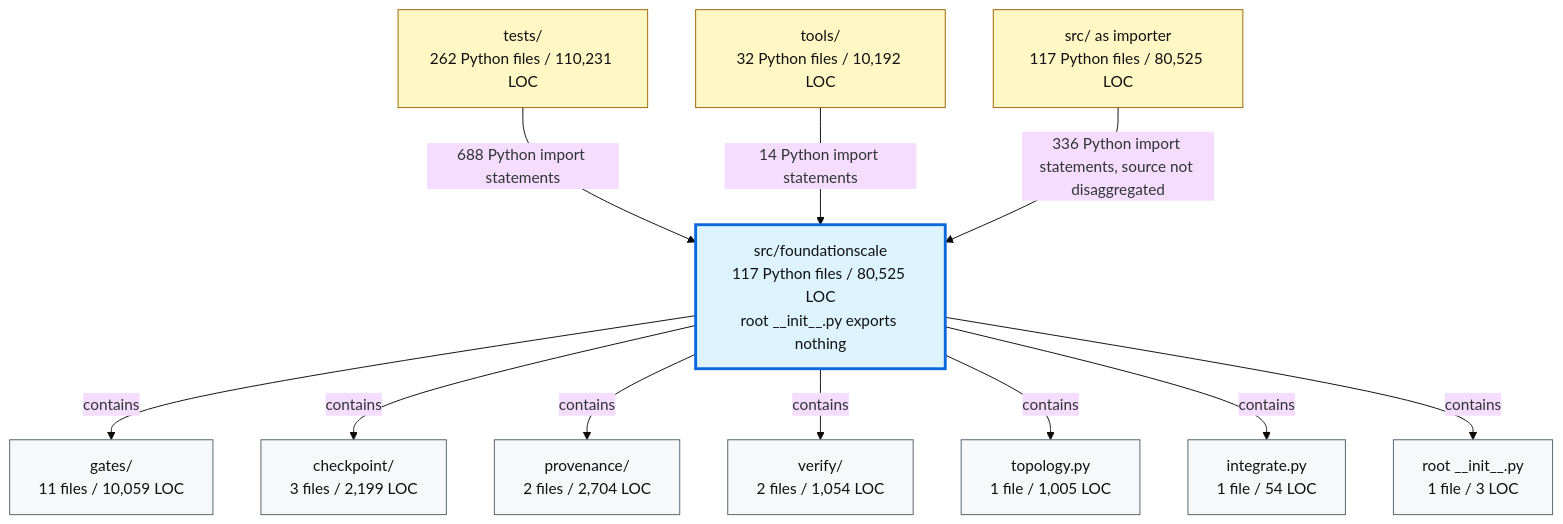
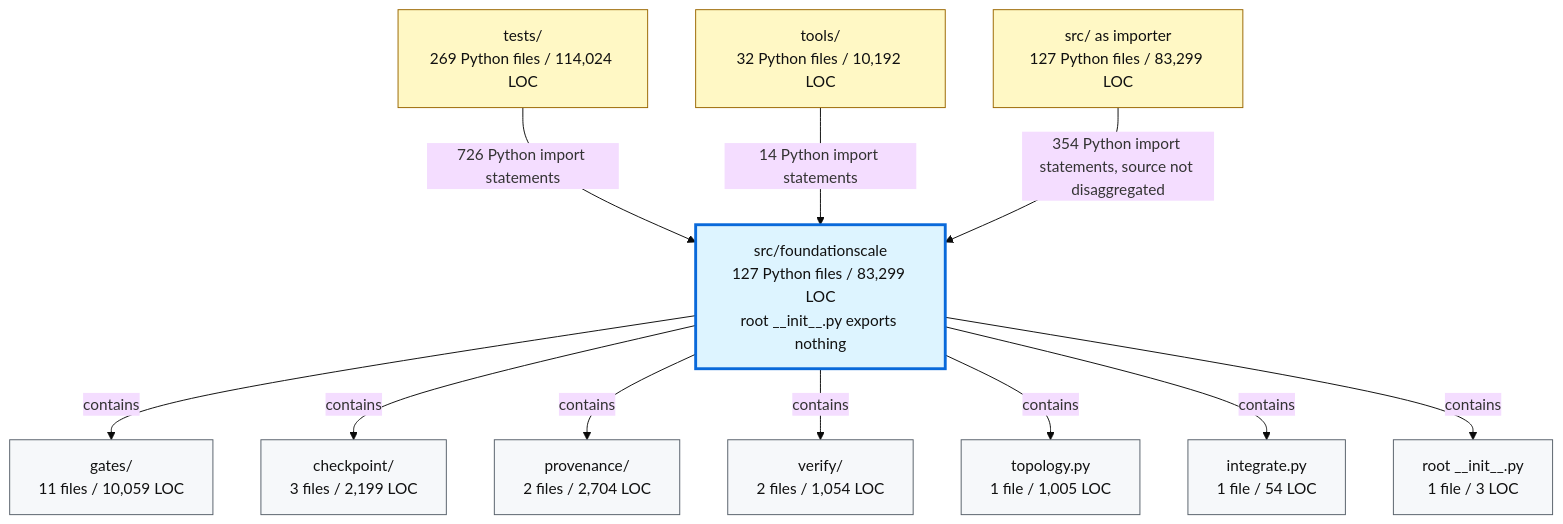
One commit to TranNhiem/FoundationScale changed the second of 2 diagrams in docs/review/D2_current_architecture.md. Above: the diagram before and after it, drawn with Mermaid (base theme). The commit also changed other lines of this file and 10 other files, not shown here.

````diff
--- a/docs/review/D2_current_architecture.md
+++ b/docs/review/D2_current_architecture.md
@@ -97,36 +97,36 @@
 ```mermaid
 flowchart TB
-  TESTS["tests/<br/>262 Python files / 110,231 LOC"]
+  TESTS["tests/<br/>269 Python files / 114,024 LOC"]
   TOOLS["tools/<br/>32 Python files / 10,192 LOC"]
-  SRC["src/ as importer<br/>117 Python files / 80,525 LOC"]
+  SRC["src/ as importer<br/>127 Python files / 83,299 LOC"]
 
-  FS["src/foundationscale<br/>117 Python files / 80,525 LOC<br/>root __init__.py exports nothing"]
+  FS["src/foundationscale<br/>127 Python files / 83,299 LOC<br/>root __init__.py exports nothing"]
 
   GATES["gates/<br/>11 files / 10,059 LOC"]
   CKPT["checkpoint/<br/>3 files / 2,199 LOC"]
   PROV["provenance/<br/>2 files / 2,704 LOC"]
   VERIFY["verify/<br/>2 files / 1,054 LOC"]
   TOPO["topology.py<br/>1 file / 1,005 LOC"]
   INTEG["integrate.py<br/>1 file / 54 LOC"]
   ROOT["root __init__.py<br/>1 file / 3 LOC"]
 
-  TESTS -->|"688 Python import statements"| FS
+  TESTS -->|"726 Python import statements"| FS
   TOOLS -->|"14 Python import statements"| FS
-  SRC -->|"336 Python import statements, source not disaggregated"| FS
+  SRC -->|"354 Python import statements, source not disaggregated"| FS
 
   FS -->|"contains"| GATES
   FS -->|"contains"| CKPT
   FS -->|"contains"| PROV
   FS -->|"contains"| VERIFY
   FS -->|"contains"| TOPO
   FS -->|"contains"| INTEG
   FS -->|"contains"| ROOT
 
   classDef consumer fill:#fff8c5,stroke:#9a6700,color:#111;
   classDef package fill:#ddf4ff,stroke:#0969da,stroke-width:3px,color:#111;
   classDef module fill:#f6f8fa,stroke:#57606a,color:#111;
 
   class TESTS,TOOLS,SRC consumer;
   class FS package;
   class GATES,CKPT,PROV,VERIFY,TOPO,INTEG,ROOT module;
 ```
````
